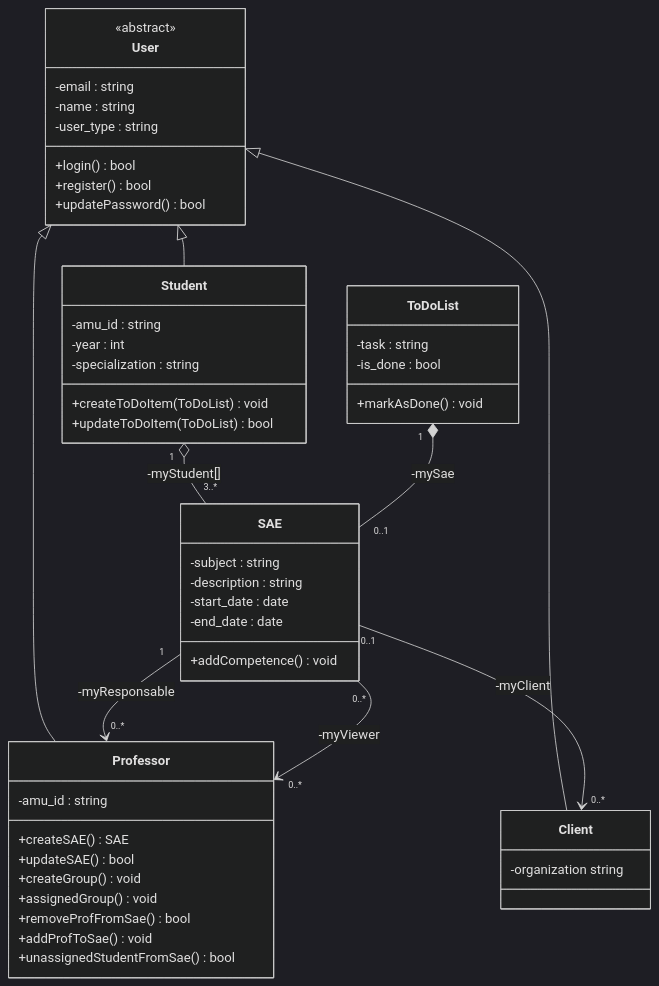
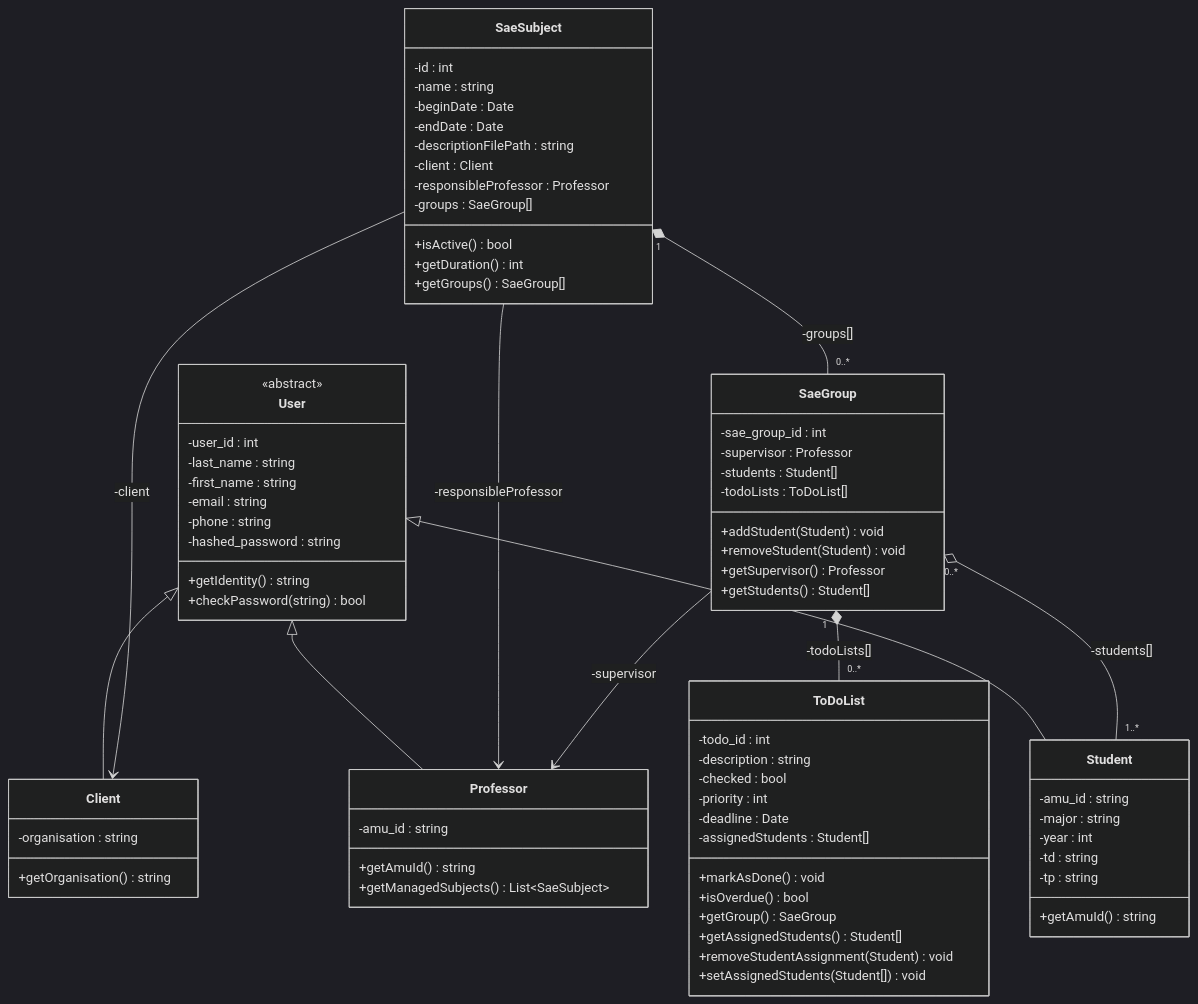
Before and after one commit to RADJOU-Dinesh-24003262/SAEManager: the second of 3 diagrams in README.md, drawn with Mermaid (dark theme). The commit also changed other lines of this file and 153 other files, not shown here.

````diff
--- a/README.md
+++ b/README.md
@@ -80,63 +131,118 @@
 ``` mermaid
 classDiagram
- direction TB
+    direction TB
 
- class User {
-     <<abstract>>
-     -email : string
-     -name : string
-     -user_type : string
-     +login()  bool
-     +register()  bool
-     +updatePassword()  bool
- }
+    %% --- Classes Utilisateurs ---
 
- class Student {
-     -amu_id : string
-     -year : int
-     -specialization : string
-     +createToDoItem(ToDoList)  void
-     +updateToDoItem(ToDoList)  bool
- }
+    class User {
+        <<abstract>>
+        -user_id : int
+        -last_name : string
+        -first_name : string
+        -email : string
+        -phone : string
+        -hashed_password : string
+        +getIdentity() string
+        +checkPassword(string) bool
+    }
 
- class Professor {
-    -amu_id : string
-     +createSAE()  SAE
-     +updateSAE()  bool
-     +createGroup()  void
-     +assignedGroup()  void
-     +removeProfFromSae()  bool
-     +addProfToSae()  void
-     +unassignedStudentFromSae()  bool
- }
+    class Student {
+        -amu_id : string
+        -major : string
+        -year : int
+        -td : string
+        -tp : string
+        +getAmuId() string
+    }
 
- class Client {
-     -organization  string
- }
+    class Professor {
+        -amu_id : string
+        +getAmuId() string
+        +getManagedSubjects() List~SaeSubject~
+    }
 
- class SAE {
-     -subject : string
-     -description : string
-     -start_date : date
-     -end_date : date
-     +addCompetence()  void
- }
+    class Client {
+        -organisation : string
+        +getOrganisation() string
+    }
 
- class ToDoList {
-     -task : string
-     -is_done : bool
-     +markAsDone()  void
- }
+    %% --- Classes Métier ---
 
- User <|-- Student
- User <|-- Professor
- User <|-- Client
+    class SaeSubject {
+        -id : int
+        -name : string
+        -beginDate : Date
+        -endDate : Date
+        -descriptionFilePath : string
+        
+        %% Attributs de relation
+        -client : Client
+        -responsibleProfessor : Professor
+        -groups : SaeGroup[]
+        
+        +isActive() bool
+        +getDuration() int
+        +getGroups() SaeGroup[]
+    }
 
- SAE "1" --> "0..*" Professor : -myResponsable
- SAE "0..*" --> "0..*" Professor : -myViewer
+    class SaeGroup {
+        -sae_group_id : int
+        
+        %% Attributs de relation
+        -supervisor : Professor
+        -students : Student[]
+        -todoLists : ToDoList[]
+        
+        +addStudent(Student) void
+        +removeStudent(Student) void
+        +getSupervisor() Professor
+        +getStudents() Student[]
+    }
 
- SAE "0..1" --> "0..*" Client : -myClient
+    class ToDoList {
+        -todo_id : int
+        -description : string
+        -checked : bool
+        -priority : int
+        -deadline : Date
+        -assignedStudents : Student[]
+        
+        +markAsDone() void
+        +isOverdue() bool
+        +getGroup() SaeGroup
+        +getAssignedStudents() Student[]
+        +removeStudentAssignment(Student) void
+        +setAssignedStudents(Student[]) void
+    }
 
- Student "1" o-- "3..*" SAE : -myStudent[]
- ToDoList "1" *-- "0..1" SAE : -mySae
+    %% --- Relations & Héritage ---
+
+    %% 1. Héritage
+    User <|-- Student
+    User <|-- Professor
+    User <|-- Client
+
+    %% 2. Associations (Navigation bidirectionnelle représentée par les attributs)
+    
+    %% Client <-> Sujet
+    SaeSubject --> Client : -client
+
+    %% Professeur <-> Sujet (Responsable)
+    SaeSubject --> Professor : -responsibleProfessor
+
+    %% Professeur <-> Groupe (Superviseur)
+    SaeGroup --> Professor : -supervisor
+
+    %% 3. Compositions (Relation forte)
+    
+    %% Sujet <-> Groupe
+    SaeSubject "1" *-- "0..*" SaeGroup : -groups[]
+
+    %% Groupe <-> Tâches
+    SaeGroup "1" *-- "0..*" ToDoList : -todoLists[]
+
+    %% 4. Agrégations (Assemblage)
+    
+    %% Groupe <-> Étudiant
+    SaeGroup "0..*" o-- "1..*" Student : -students[]
 ```
````
